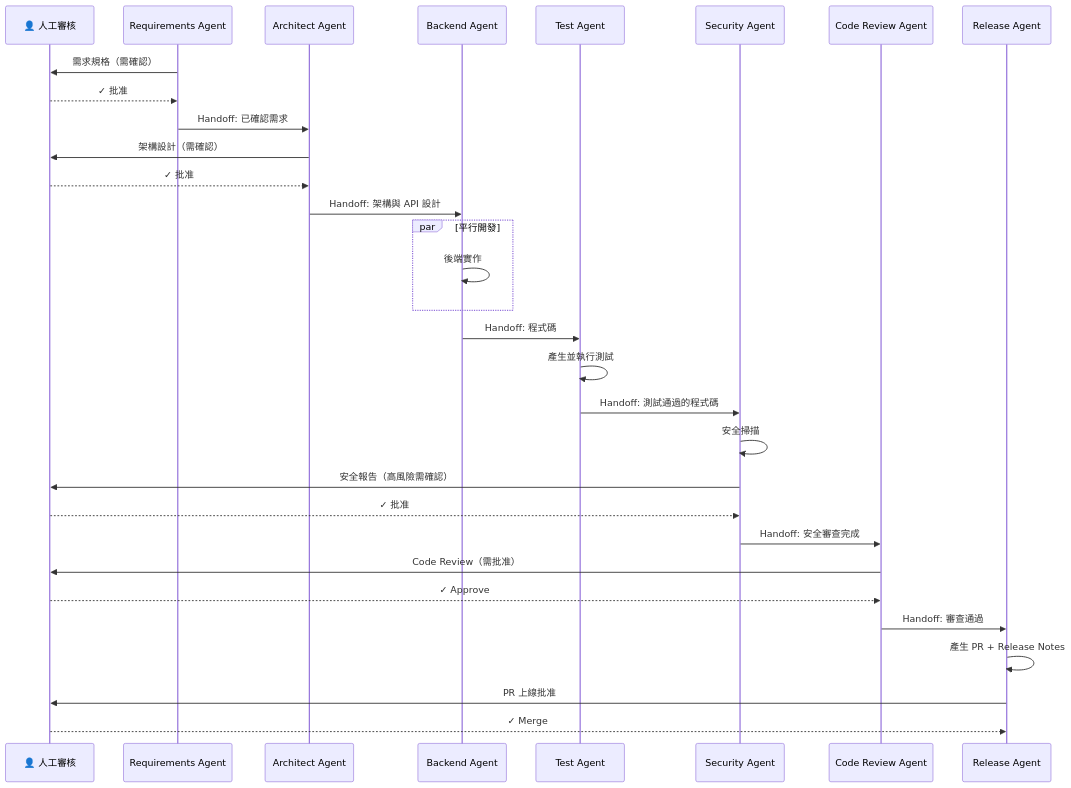
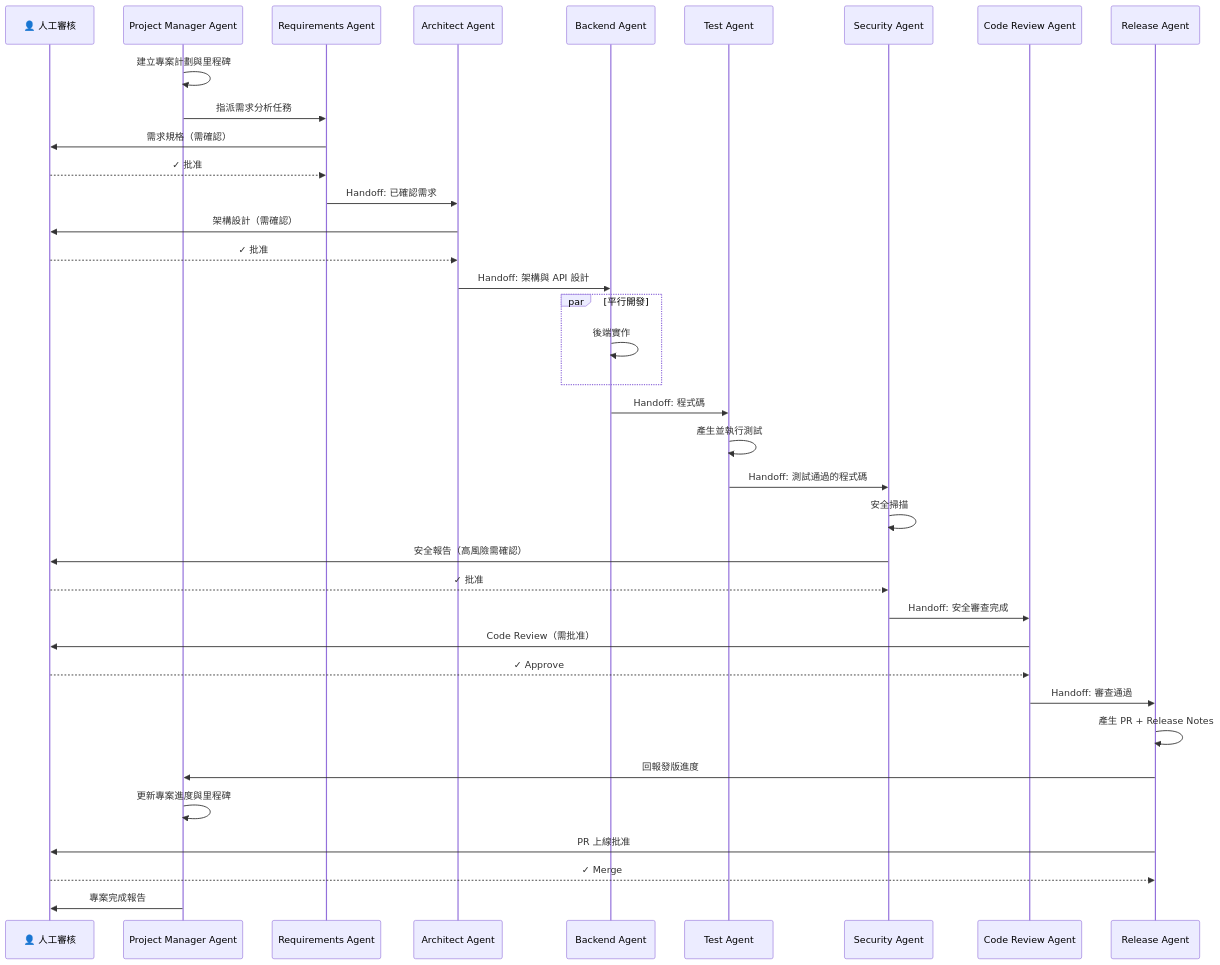
One commit to chihhung/Blog changed the third of 13 diagrams in content/posts/教學/AI開發/GitHub Copilot 建立 SSDLC Agent Team 教學手冊.md. Above: the diagram before and after it, drawn with Mermaid. The commit also changed other lines of this file, not shown here.

Commit message:
docs: 更新 GitHub Copilot SSDLC Agent Team 教學手冊

````diff
--- a/content/posts/教學/AI開發/GitHub Copilot 建立 SSDLC Agent Team 教學手冊.md
+++ b/content/posts/教學/AI開發/GitHub Copilot 建立 SSDLC Agent Team 教學手冊.md
@@ -638,36 +651,42 @@
 ```mermaid
 sequenceDiagram
     participant 人工 as 👤 人工審核
+    participant PM as Project Manager Agent
     participant REQ as Requirements Agent
     participant ARCH as Architect Agent
     participant BE as Backend Agent
     participant TEST as Test Agent
     participant SEC as Security Agent
     participant CR as Code Review Agent
     participant REL as Release Agent
 
+    PM->>PM: 建立專案計劃與里程碑
+    PM->>REQ: 指派需求分析任務
     REQ->>人工: 需求規格（需確認）
     人工-->>REQ: ✓ 批准
     REQ->>ARCH: Handoff: 已確認需求
     ARCH->>人工: 架構設計（需確認）
     人工-->>ARCH: ✓ 批准
     ARCH->>BE: Handoff: 架構與 API 設計
 
     par 平行開發
         BE->>BE: 後端實作
     end
 
     BE->>TEST: Handoff: 程式碼
     TEST->>TEST: 產生並執行測試
     TEST->>SEC: Handoff: 測試通過的程式碼
     SEC->>SEC: 安全掃描
     SEC->>人工: 安全報告（高風險需確認）
     人工-->>SEC: ✓ 批准
     SEC->>CR: Handoff: 安全審查完成
     CR->>人工: Code Review（需批准）
     人工-->>CR: ✓ Approve
     CR->>REL: Handoff: 審查通過
     REL->>REL: 產生 PR + Release Notes
+    REL->>PM: 回報發版進度
+    PM->>PM: 更新專案進度與里程碑
     REL->>人工: PR 上線批准
     人工-->>REL: ✓ Merge
+    PM->>人工: 專案完成報告
 ```
````
